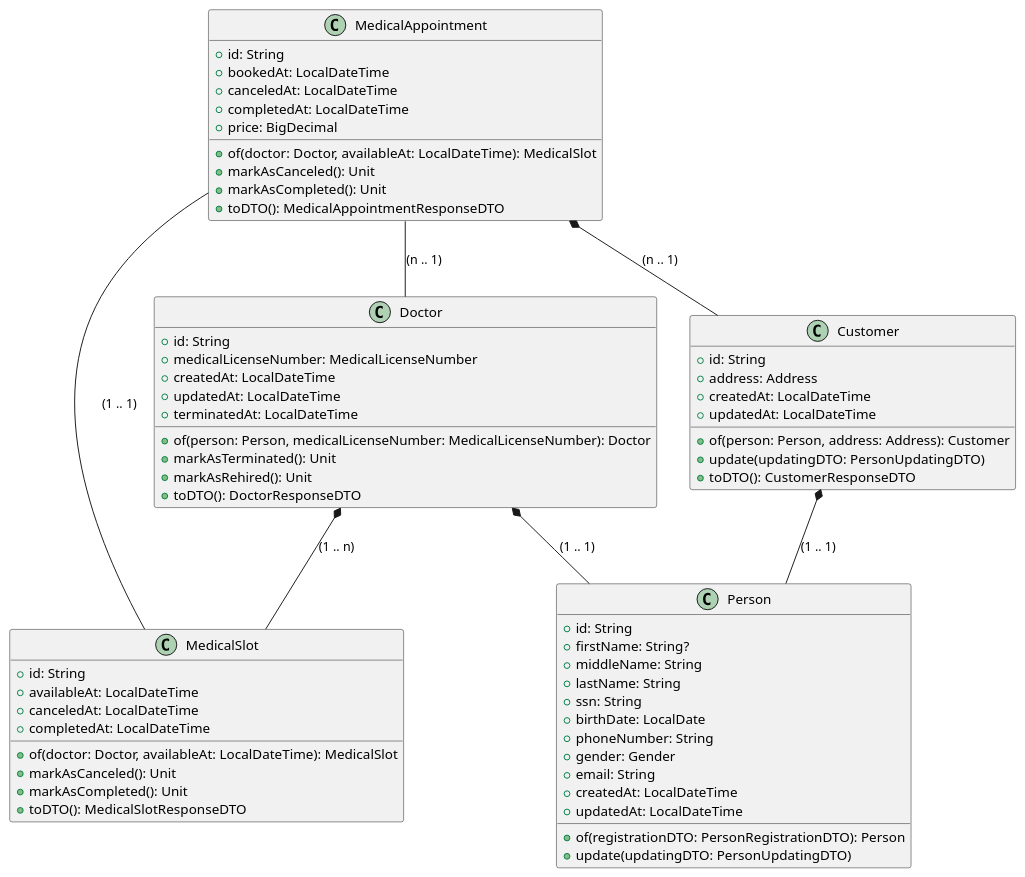
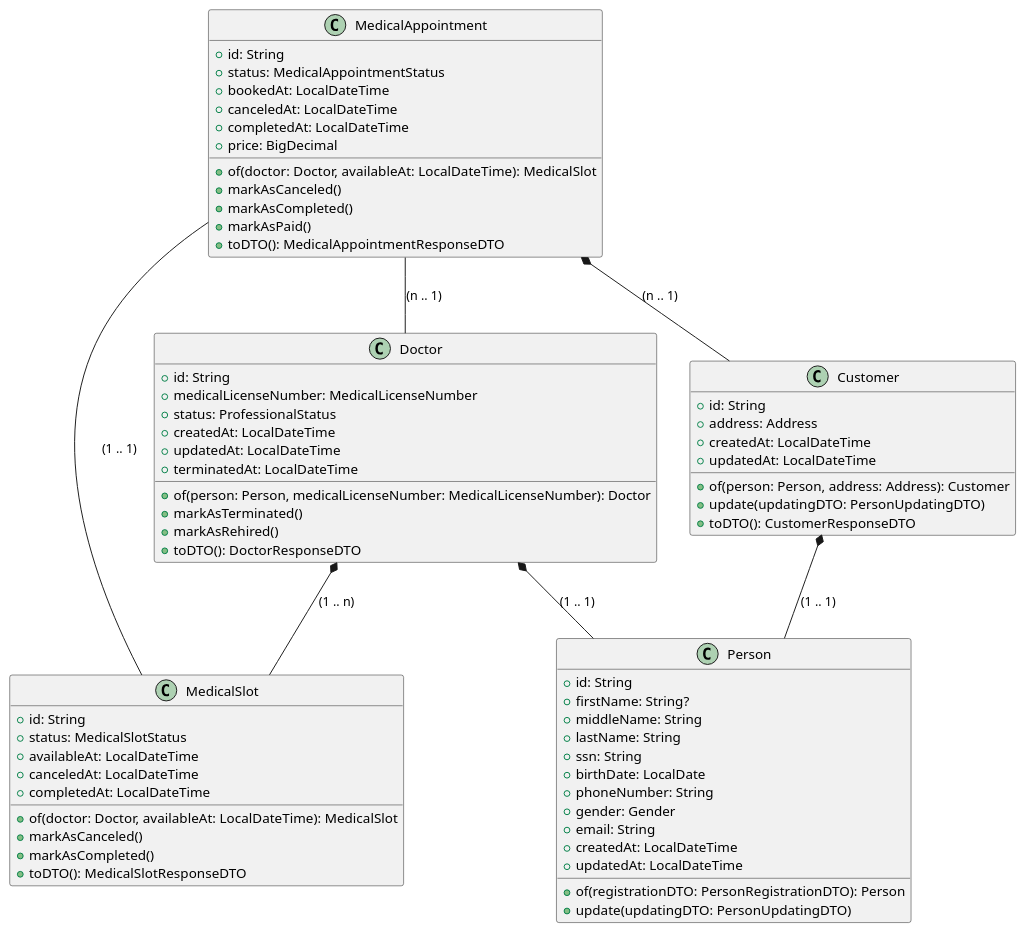
One commit to LazaroDamasceno/Dissertacao-Mestrado changed the diagram in codes/class_diagram_code.wsd. Above: the diagram before and after it, drawn with PlantUML. The commit also changed 6 other files, not shown here.

```diff
--- a/codes/class_diagram_code.wsd
+++ b/codes/class_diagram_code.wsd
@@ -1,76 +1,80 @@
 @startuml
 
 class "Person" {
  +id: String
  +firstName: String?
  +middleName: String
  +lastName: String
  +ssn: String
  +birthDate: LocalDate
  +phoneNumber: String
  +gender: Gender
  +email: String
  +createdAt: LocalDateTime
  +updatedAt: LocalDateTime
  
  +of(registrationDTO: PersonRegistrationDTO): Person
  +update(updatingDTO: PersonUpdatingDTO)
 }
 
 class "Customer" {
  +id: String
  +address: Address
  +createdAt: LocalDateTime
  +updatedAt: LocalDateTime
  
  +of(person: Person, address: Address): Customer
  +update(updatingDTO: PersonUpdatingDTO)
  +toDTO(): CustomerResponseDTO
 }
 
 class "Doctor" {
  +id: String
  +medicalLicenseNumber: MedicalLicenseNumber
+ +status: ProfessionalStatus
  +createdAt: LocalDateTime
  +updatedAt: LocalDateTime
  +terminatedAt: LocalDateTime
  
  +of(person: Person, medicalLicenseNumber: MedicalLicenseNumber): Doctor
- +markAsTerminated(): Unit
- +markAsRehired(): Unit
+ +markAsTerminated()
+ +markAsRehired()
  +toDTO(): DoctorResponseDTO
 }
 
 class "MedicalSlot" {
   +id: String
+  +status: MedicalSlotStatus
   +availableAt: LocalDateTime
   +canceledAt: LocalDateTime
   +completedAt: LocalDateTime
   
   +of(doctor: Doctor, availableAt: LocalDateTime): MedicalSlot
-  +markAsCanceled(): Unit
-  +markAsCompleted(): Unit
+  +markAsCanceled()
+  +markAsCompleted()
   +toDTO(): MedicalSlotResponseDTO
 }
 
 class "MedicalAppointment" {
   +id: String
+  +status: MedicalAppointmentStatus
   +bookedAt: LocalDateTime
   +canceledAt: LocalDateTime
   +completedAt: LocalDateTime
   +price: BigDecimal
   
   +of(doctor: Doctor, availableAt: LocalDateTime): MedicalSlot
-  +markAsCanceled(): Unit
-  +markAsCompleted(): Unit
+  +markAsCanceled()
+  +markAsCompleted()
+  +markAsPaid()
   +toDTO(): MedicalAppointmentResponseDTO
 }
 
 Customer *-- Person: "(1 .. 1)"
 Doctor *-- Person: "(1 .. 1)"
 Doctor *-- MedicalSlot: "(1 .. n)"
 MedicalAppointment -- Doctor: "(n .. 1)"
 MedicalAppointment *-- Customer: "(n .. 1)"
 MedicalSlot -- MedicalAppointment: "(1 .. 1)"
 
 @enduml
```
